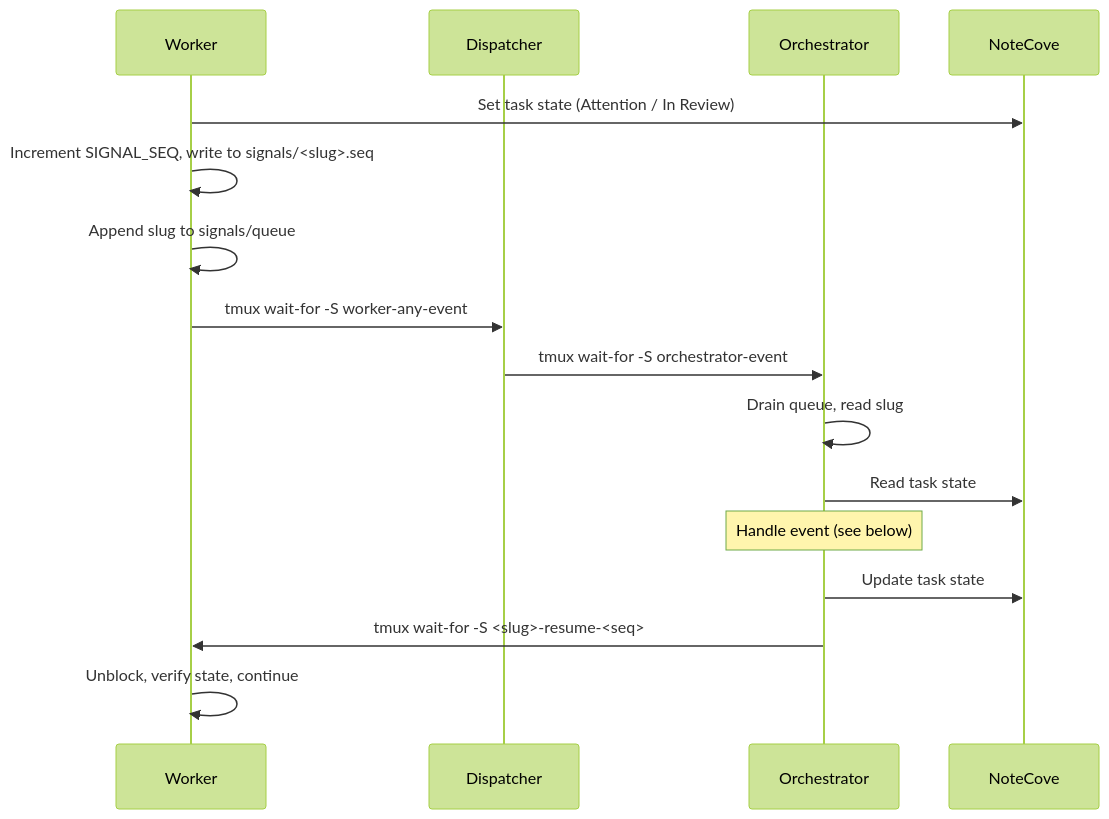
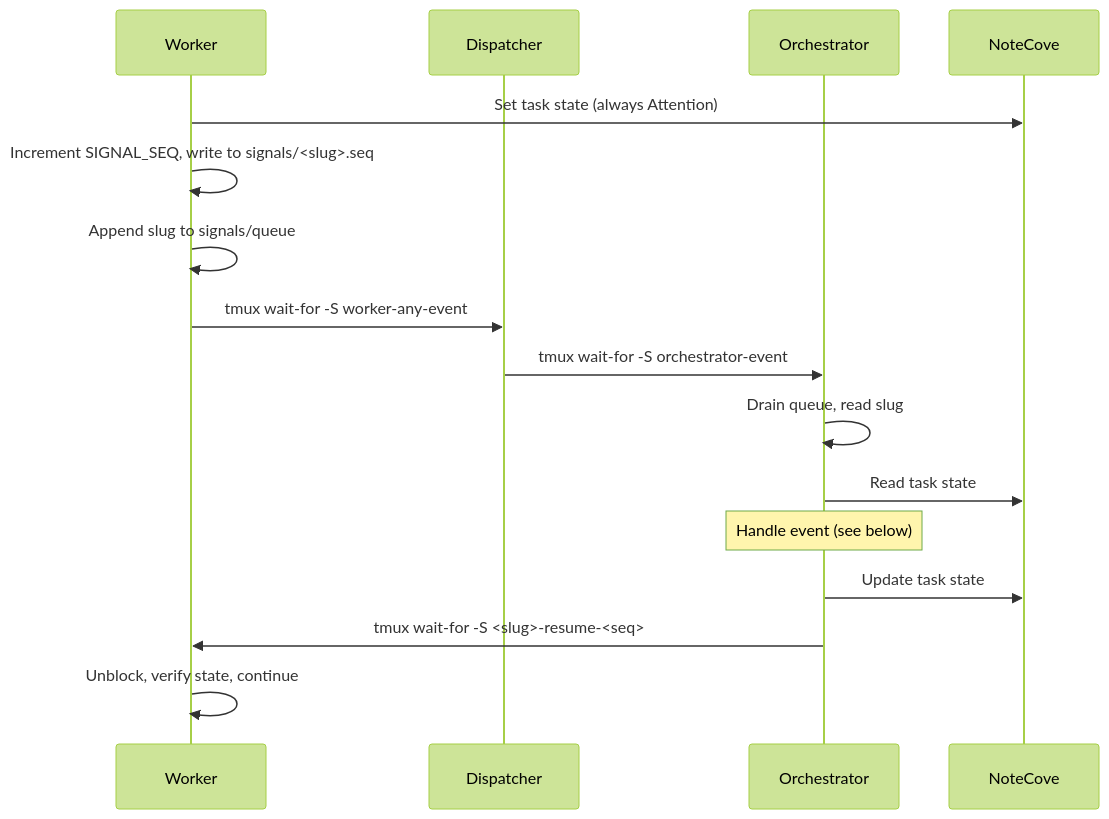
Before and after one commit to gara2000/agentmesh: the third of 11 diagrams in docs/agentic-workflow.md, drawn with Mermaid (forest theme). The commit also changed other lines of this file and 1 other file, not shown here.

First line of the commit message:
docs: update state semantics — Attention for worker signals, In Review for orchestrator reviewers [WORK-3rh]

````diff
--- a/docs/agentic-workflow.md
+++ b/docs/agentic-workflow.md
@@ -66,19 +66,19 @@
 ```mermaid
 sequenceDiagram
     participant W as Worker
     participant D as Dispatcher
     participant O as Orchestrator
     participant NC as NoteCove
 
-    W->>NC: Set task state (Attention / In Review)
+    W->>NC: Set task state (always Attention)
     W->>W: Increment SIGNAL_SEQ, write to signals/<slug>.seq
     W->>W: Append slug to signals/queue
     W->>D: tmux wait-for -S worker-any-event
     D->>O: tmux wait-for -S orchestrator-event
     O->>O: Drain queue, read slug
     O->>NC: Read task state
     Note over O: Handle event (see below)
     O->>NC: Update task state
     O->>W: tmux wait-for -S <slug>-resume-<seq>
     W->>W: Unblock, verify state, continue
 ```
````
